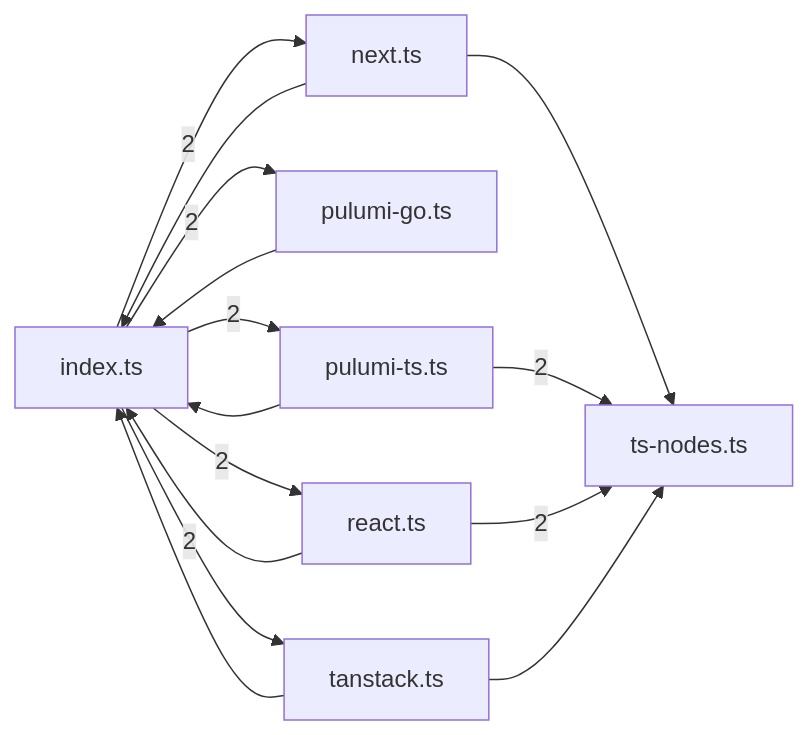
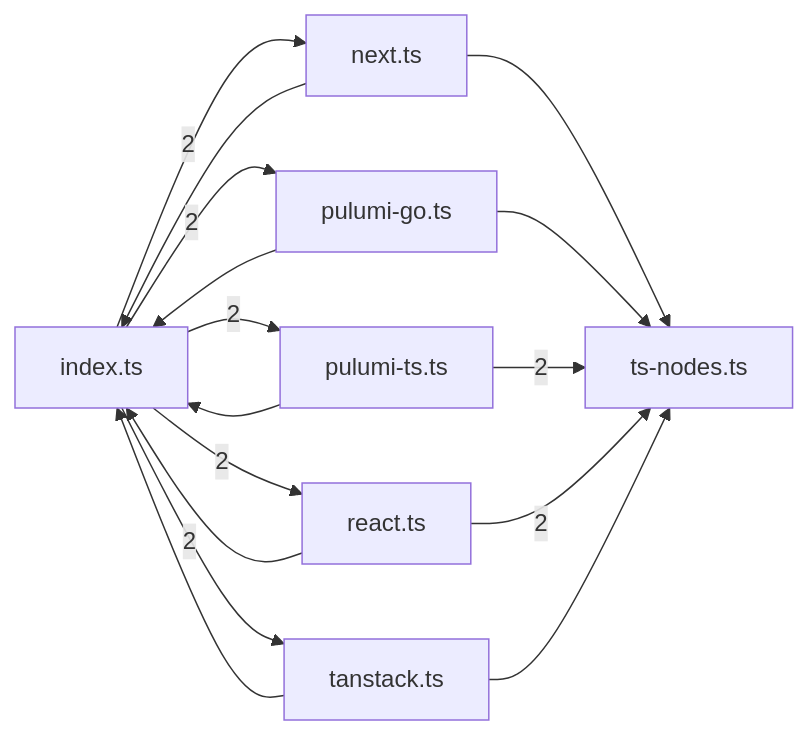
Before and after one commit to sns45/greplost: the eighth of 8 diagrams in .greplost/packages/greplost__core/MAP.md, drawn with Mermaid. The commit also changed other lines of this file and 49 other files, not shown here.

````diff
--- a/.greplost/packages/greplost__core/MAP.md
+++ b/.greplost/packages/greplost__core/MAP.md
@@ -402,24 +408,25 @@
 ```mermaid
 graph LR
   packages_core_src_signals_index_ts["index.ts"]
   packages_core_src_signals_next_ts["next.ts"]
   packages_core_src_signals_pulumi_go_ts["pulumi-go.ts"]
   packages_core_src_signals_pulumi_ts_ts["pulumi-ts.ts"]
   packages_core_src_signals_react_ts["react.ts"]
   packages_core_src_signals_tanstack_ts["tanstack.ts"]
   packages_core_src_signals_ts_nodes_ts["ts-nodes.ts"]
   packages_core_src_signals_index_ts -->|2| packages_core_src_signals_next_ts
   packages_core_src_signals_index_ts -->|2| packages_core_src_signals_pulumi_go_ts
   packages_core_src_signals_index_ts -->|2| packages_core_src_signals_pulumi_ts_ts
   packages_core_src_signals_index_ts -->|2| packages_core_src_signals_react_ts
   packages_core_src_signals_index_ts -->|2| packages_core_src_signals_tanstack_ts
   packages_core_src_signals_next_ts --> packages_core_src_signals_index_ts
   packages_core_src_signals_next_ts --> packages_core_src_signals_ts_nodes_ts
   packages_core_src_signals_pulumi_go_ts --> packages_core_src_signals_index_ts
+  packages_core_src_signals_pulumi_go_ts --> packages_core_src_signals_ts_nodes_ts
   packages_core_src_signals_pulumi_ts_ts --> packages_core_src_signals_index_ts
   packages_core_src_signals_pulumi_ts_ts -->|2| packages_core_src_signals_ts_nodes_ts
   packages_core_src_signals_react_ts --> packages_core_src_signals_index_ts
   packages_core_src_signals_react_ts -->|2| packages_core_src_signals_ts_nodes_ts
   packages_core_src_signals_tanstack_ts --> packages_core_src_signals_index_ts
   packages_core_src_signals_tanstack_ts --> packages_core_src_signals_ts_nodes_ts
 ```
````
